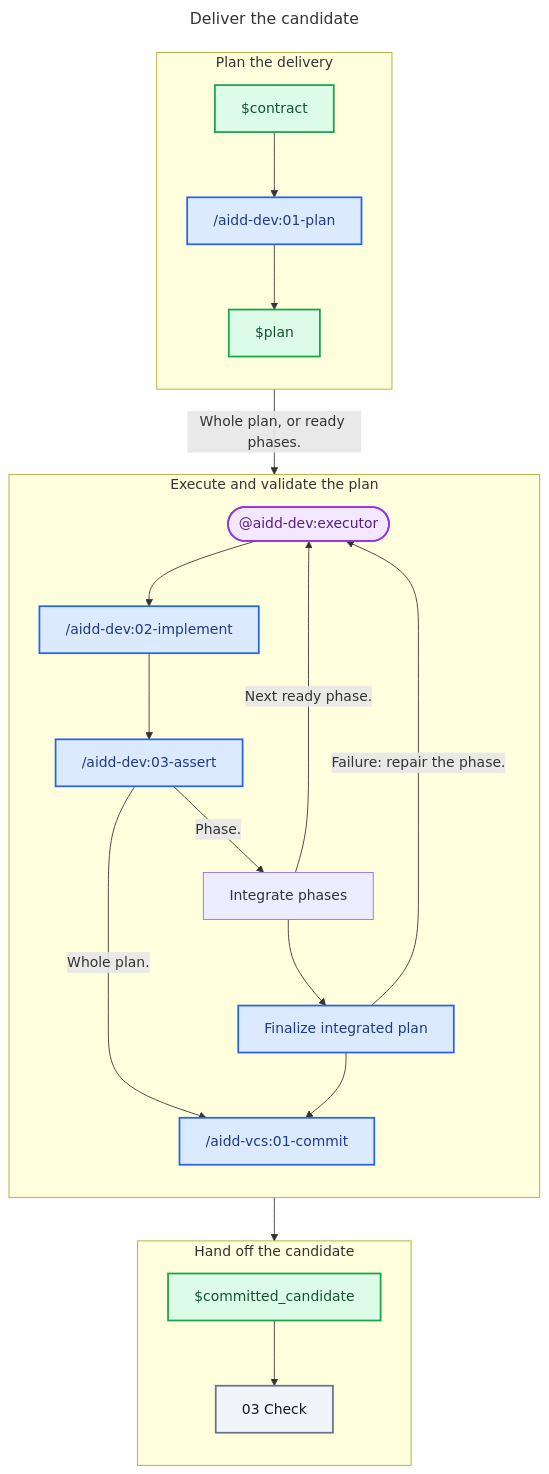
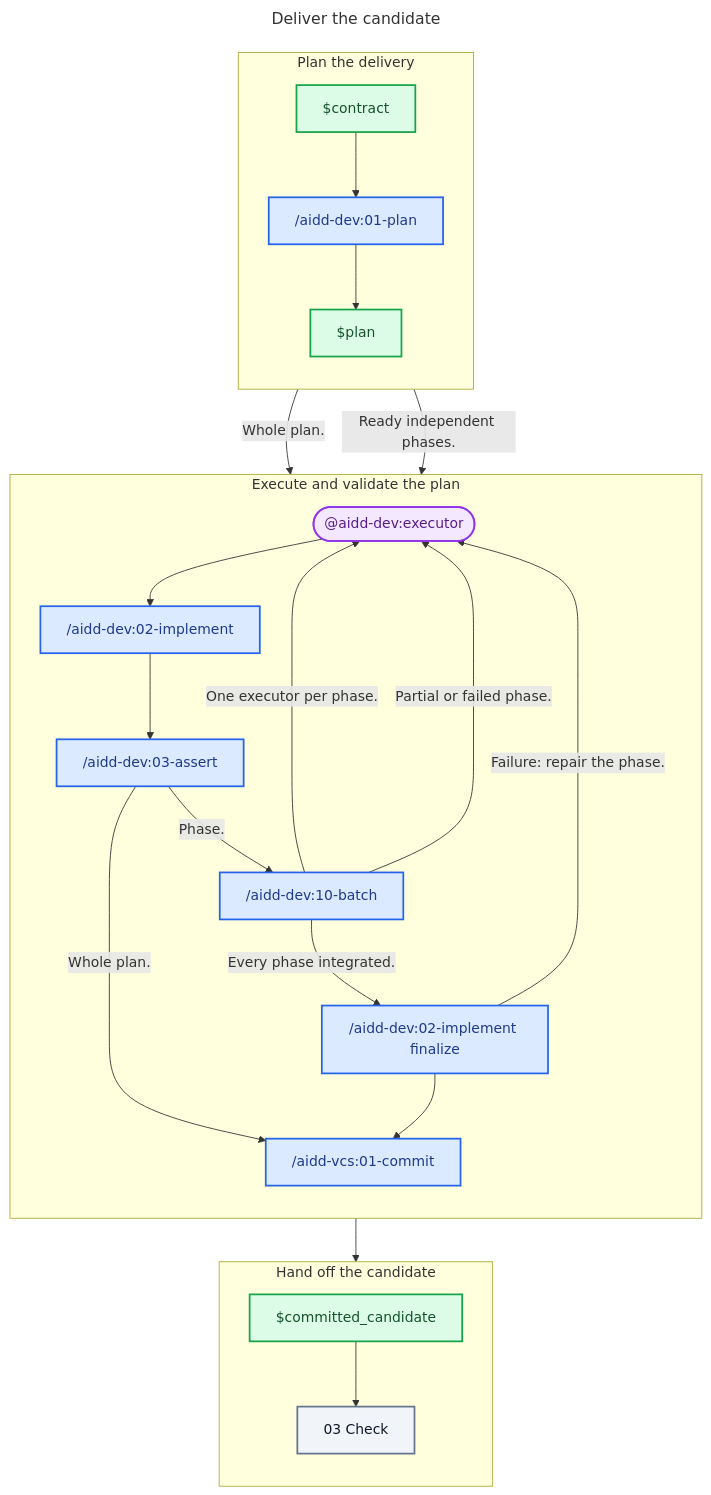
The diagram in plugins/aidd-orchestrator/skills/01-sdlc/references/02-deliver.md (ai-driven-dev/framework), drawn with Mermaid before and after one commit. The commit also changed other lines of this file and 5 other files, not shown here.

First line of the commit message:
docs(aidd-dev): dispatch delegated phases through batch and route partial and finalize

````diff
--- a/plugins/aidd-orchestrator/skills/01-sdlc/references/02-deliver.md
+++ b/plugins/aidd-orchestrator/skills/01-sdlc/references/02-deliver.md
@@ -11,52 +11,54 @@
 ```mermaid
 ---
 title: Deliver the candidate
 ---
 flowchart TD
   subgraph PlanStage["Plan the delivery"]
     direction TB
     Contract["$contract"]
     Plan["/aidd-dev:01-plan"]
     PlanArtifact["$plan"]
   end
 
   subgraph ExecuteStage["Execute and validate the plan"]
     direction TB
     Executor(["@aidd-dev:executor"])
     Implement["/aidd-dev:02-implement"]
     Assert["/aidd-dev:03-assert"]
-    Integrate["Integrate phases"]
-    Finalize["Finalize integrated plan"]
+    Batch["/aidd-dev:10-batch"]
+    Finalize["/aidd-dev:02-implement finalize"]
     Commit["/aidd-vcs:01-commit"]
   end
 
   subgraph HandoffStage["Hand off the candidate"]
     direction TB
     CommittedCandidate["$committed_candidate"]
     Check["03 Check"]
   end
 
   Contract --> Plan
   Plan --> PlanArtifact
-  PlanArtifact -- "Whole plan, or ready phases." --> Executor
+  PlanArtifact -- "Whole plan." --> Executor
+  PlanArtifact -- "Ready independent phases." --> Batch
+  Batch -- "One executor per phase." --> Executor
   Executor --> Implement
   Implement --> Assert
   Assert -- "Whole plan." --> Commit
-  Assert -- "Phase." --> Integrate
-  Integrate -- "Next ready phase." --> Executor
-  Integrate --> Finalize
+  Assert -- "Phase." --> Batch
+  Batch -- "Partial or failed phase." --> Executor
+  Batch -- "Every phase integrated." --> Finalize
   Finalize -- "Failure: repair the phase." --> Executor
   Finalize --> Commit
   Commit --> CommittedCandidate
   CommittedCandidate --> Check
 
   classDef skill fill:#DBEAFE,stroke:#2563EB,color:#1E3A8A,stroke-width:2px
   classDef agent fill:#F3E8FF,stroke:#9333EA,color:#581C87,stroke-width:2px
   classDef artifact fill:#DCFCE7,stroke:#16A34A,color:#14532D,stroke-width:2px
   classDef zone fill:#F1F5F9,stroke:#64748B,color:#0F172A,stroke-width:2px
 
-  class Plan,Implement,Assert,Finalize,Commit skill
+  class Plan,Batch,Implement,Assert,Finalize,Commit skill
   class Executor agent
   class Contract,PlanArtifact,CommittedCandidate artifact
   class Check zone
 ```
````
